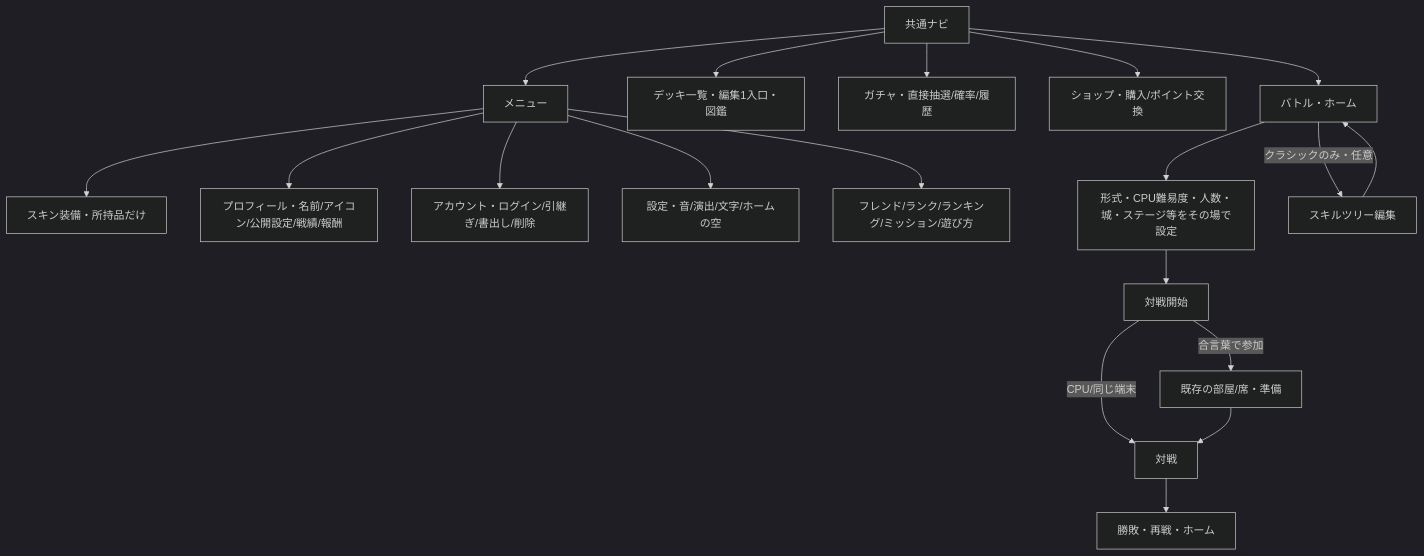
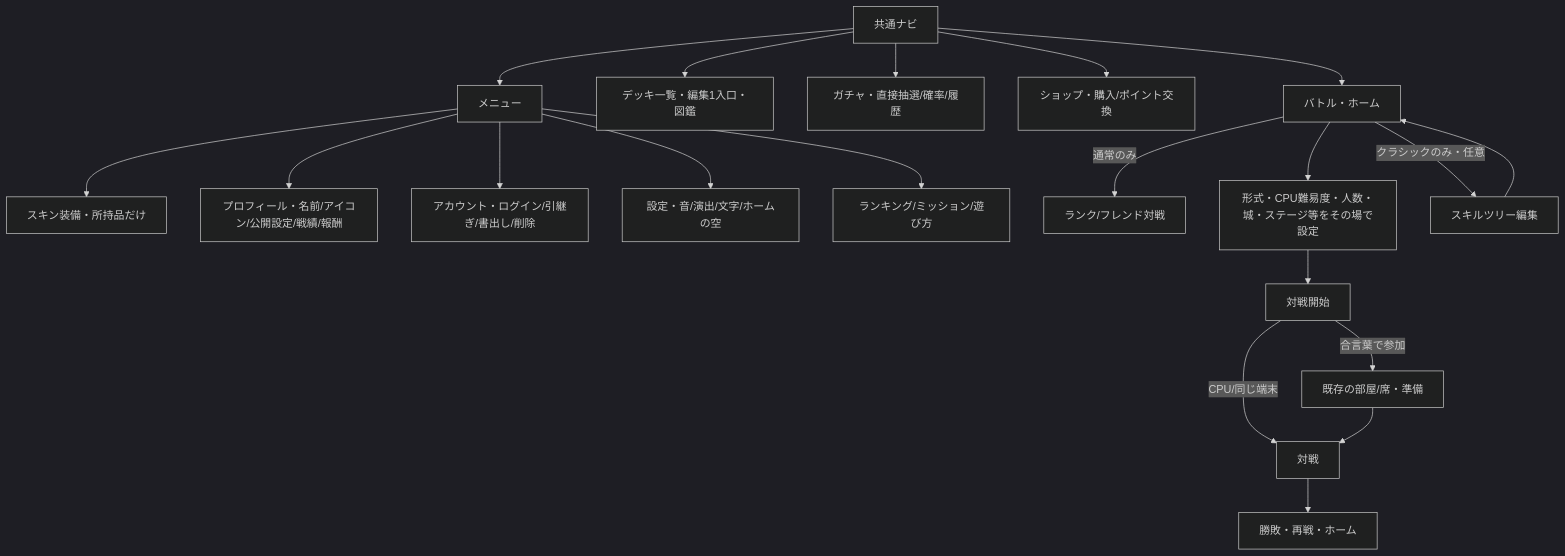
One commit to TsuG-ke16/CastleField changed the second of 3 diagrams in docs/navigation-redesign.md. Above: the diagram before and after it, drawn with Mermaid (dark theme). The commit also changed other lines of this file and 131 other files, not shown here.

````diff
--- a/docs/navigation-redesign.md
+++ b/docs/navigation-redesign.md
@@ -58,21 +58,22 @@
 ```mermaid
 flowchart TD
  NAV[共通ナビ] --> HOME[バトル・ホーム]
  NAV --> DECK[デッキ一覧・編集1入口・図鑑]
  NAV --> GACHA[ガチャ・直接抽選/確率/履歴]
  NAV --> SHOP[ショップ・購入/ポイント交換]
  NAV --> MENU[メニュー]
  MENU --> SKIN[スキン装備・所持品だけ]
  MENU --> PROFILE[プロフィール・名前/アイコン/公開設定/戦績/報酬]
  MENU --> ACCOUNT[アカウント・ログイン/引継ぎ/書出し/削除]
  MENU --> SETTINGS[設定・音/演出/文字/ホームの空]
- MENU --> EXTRA[フレンド/ランク/ランキング/ミッション/遊び方]
+ MENU --> EXTRA[ランキング/ミッション/遊び方]
+ HOME -->|通常のみ| SOCIAL[ランク/フレンド対戦]
  HOME --> CONFIG[形式・CPU難易度・人数・城・ステージ等をその場で設定]
  CONFIG --> START[対戦開始]
  START -->|CPU/同じ端末| GAME[対戦]
  START -->|合言葉で参加| ROOM[既存の部屋/席・準備]
  ROOM --> GAME
  HOME -->|クラシックのみ・任意| TREE[スキルツリー編集]
  TREE --> HOME
  GAME --> RESULT[勝敗・再戦・ホーム]
 ```
````
